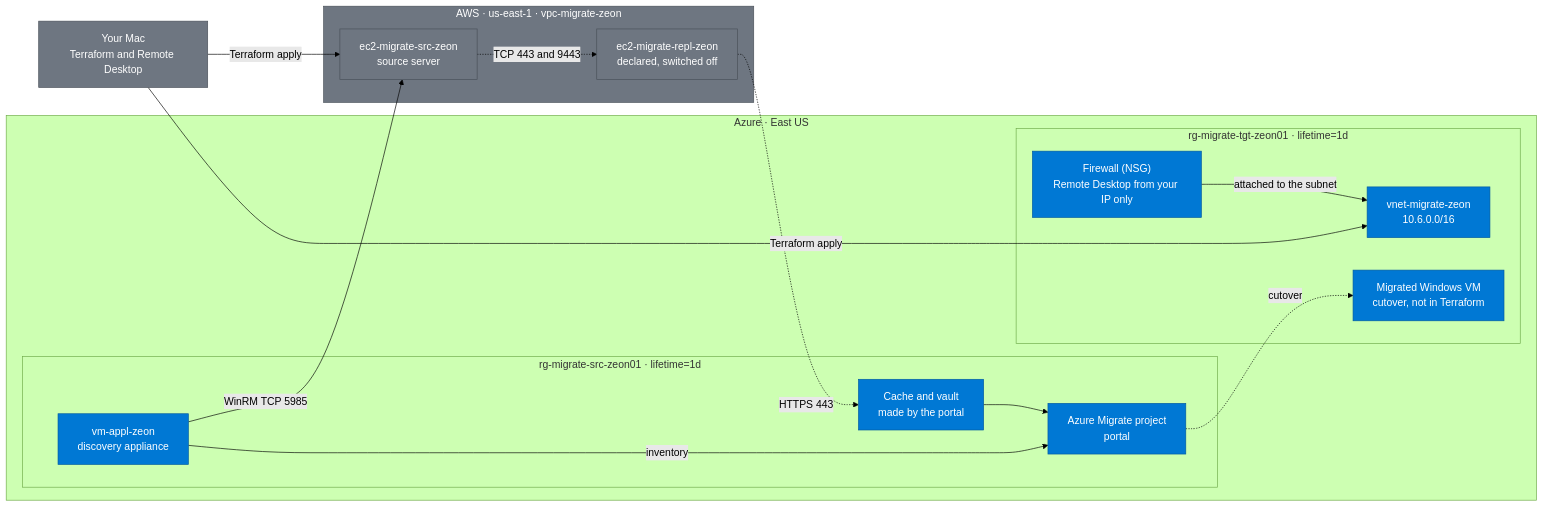
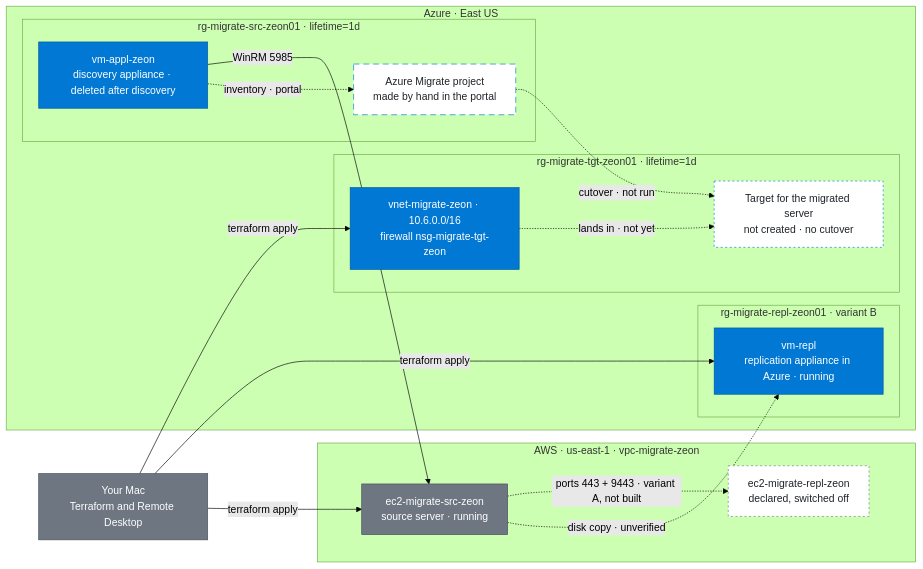
The diagram in README.md (zsociety47/azure-aws-migrate-poc), drawn with Mermaid (forest theme) before and after one commit. The commit also changed other lines of this file and 35 other files, not shown here.

````diff
--- a/README.md
+++ b/README.md
@@ -342,38 +565,45 @@
 ```mermaid
 flowchart LR
     operator["Your Mac<br/>Terraform and Remote Desktop"]
 
     subgraph awsnet["AWS · us-east-1 · vpc-migrate-zeon"]
-        source["ec2-migrate-src-zeon<br/>source server"]
+        source["ec2-migrate-src-zeon<br/>source server · running"]
         repl["ec2-migrate-repl-zeon<br/>declared, switched off"]
     end
 
-    subgraph azure["Azure · East US"]
+    subgraph azcloud["Azure · East US"]
         subgraph staging["rg-migrate-src-zeon01 · lifetime=1d"]
-            discovery["vm-appl-zeon<br/>discovery appliance"]
-            cache["Cache and vault<br/>made by the portal"]
-            migrate["Azure Migrate project<br/>portal"]
+            discovery["vm-appl-zeon<br/>discovery appliance · deleted after discovery"]
+            migrate["Azure Migrate project<br/>made by hand in the portal"]
         end
         subgraph tgt["rg-migrate-tgt-zeon01 · lifetime=1d"]
-            vnet["vnet-migrate-zeon<br/>10.6.0.0/16"]
-            nsg["Firewall (NSG)<br/>Remote Desktop from your IP only"]
-            landed["Migrated Windows VM<br/>cutover, not in Terraform"]
+            vnet["vnet-migrate-zeon · 10.6.0.0/16<br/>firewall nsg-migrate-tgt-zeon"]
+            landed["Target for the migrated server<br/>not created · no cutover"]
+        end
+        subgraph replrg["rg-migrate-repl-zeon01 · variant B"]
+            vmrepl["vm-repl<br/>replication appliance in Azure · running"]
         end
     end
 
-    operator -- "Terraform apply" --> source
-    operator -- "Terraform apply" --> vnet
-    discovery -- "WinRM TCP 5985" --> source
-    discovery -- "inventory" --> migrate
-    source -. "TCP 443 and 9443" .-> repl
-    repl -. "HTTPS 443" .-> cache
-    cache --> migrate
-    nsg -- "attached to the subnet" --> vnet
-    migrate -. "cutover" .-> landed
+    operator -- "terraform apply" --> source
+    operator -- "terraform apply" --> vnet
+    operator -- "terraform apply" --> vmrepl
+    discovery -- "WinRM 5985" --> source
+    discovery -. "inventory · portal" .-> migrate
+    source -. "ports 443 + 9443 · variant A, not built" .-> repl
+    source -. "disk copy · unverified" .-> vmrepl
+    migrate -. "cutover · not run" .-> landed
+    vnet -. "lands in · not yet" .-> landed
 
     classDef azure fill:#0078d4,stroke:#005a9e,color:#fff
     classDef external fill:#6e7681,stroke:#484f58,color:#fff
+    classDef portal fill:#fff,stroke:#0078d4,color:#1f2328,stroke-dasharray:9 6
+    classDef plannedaws fill:#fff,stroke:#6e7681,color:#1f2328,stroke-dasharray:3 4
+    classDef plannedaz fill:#fff,stroke:#0078d4,color:#1f2328,stroke-dasharray:3 4
 
-    class discovery,cache,migrate,vnet,nsg,landed azure
-    class operator,source,repl,awsnet external
+    class discovery,vnet,vmrepl azure
+    class operator,source external
+    class migrate portal
+    class repl plannedaws
+    class landed plannedaz
 ```
````
